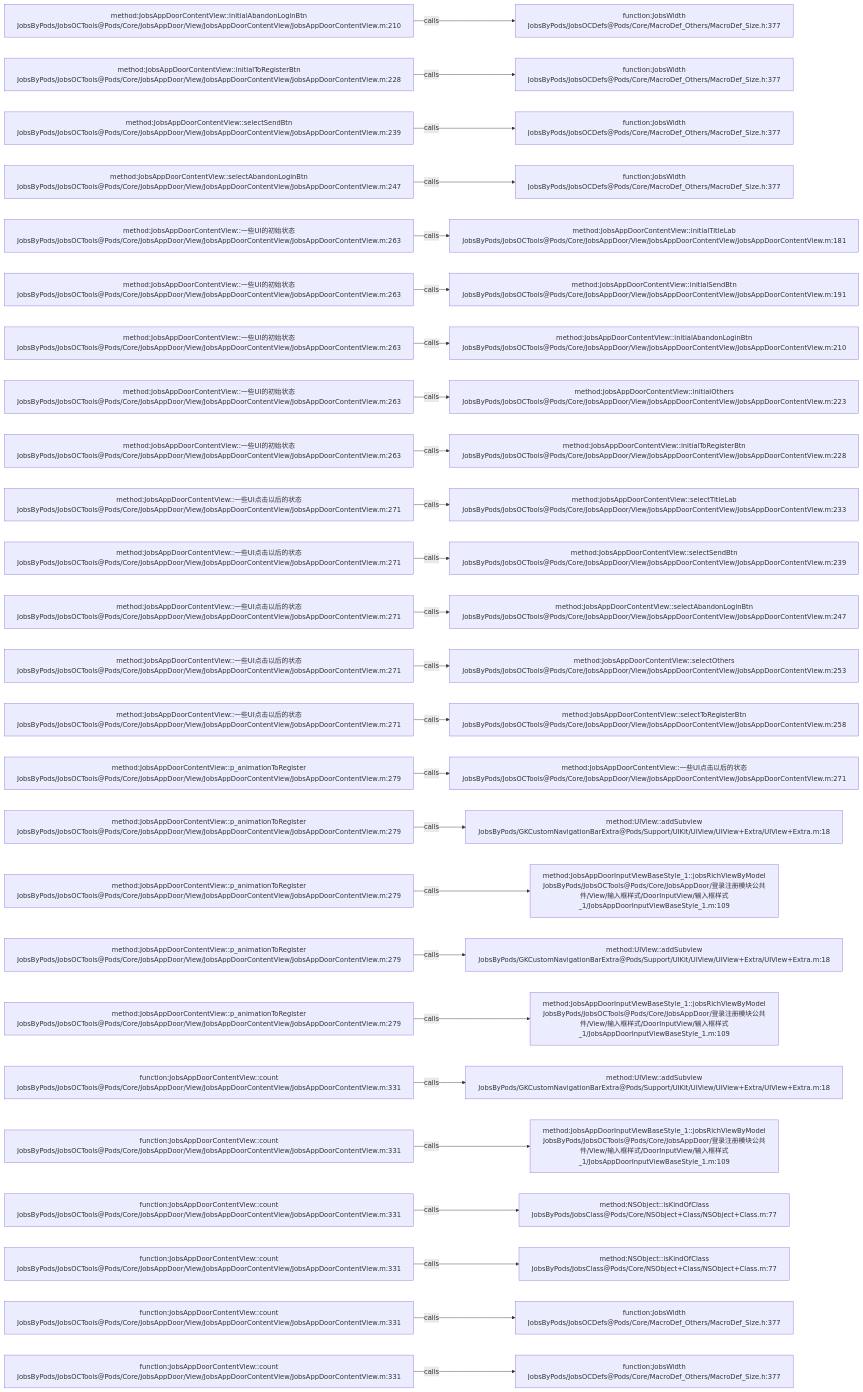
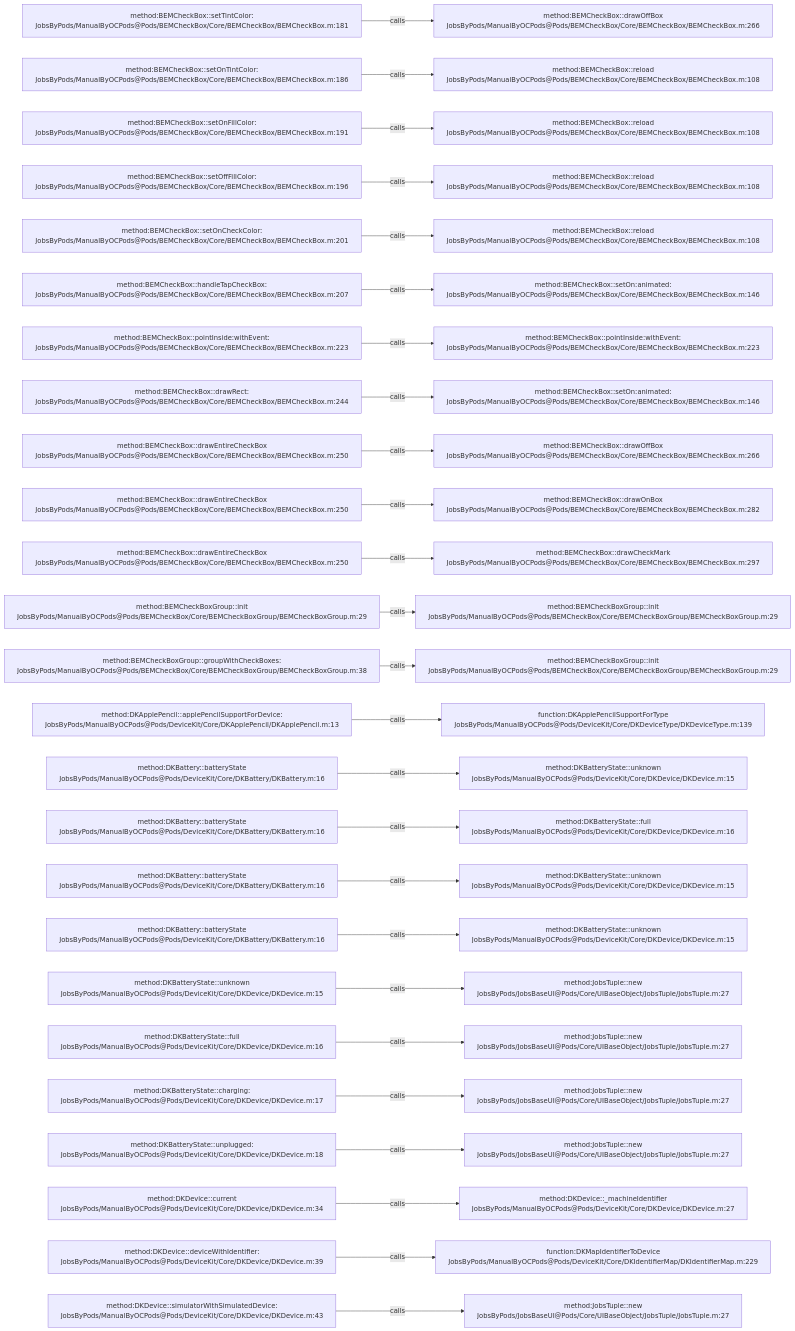
One commit to JobsKits/JobsOCBaseConfigDemo changed the diagram in .codegraph/codegraph.md/graphs/calls-187.md. Above: the diagram before and after it, drawn with Mermaid. The commit also changed 1026 other files, not shown here.

````diff
--- a/.codegraph/codegraph.md/graphs/calls-187.md
+++ b/.codegraph/codegraph.md/graphs/calls-187.md
@@ -13,78 +13,78 @@
 ```mermaid
 flowchart LR
-  S1["method:JobsAppDoorContentView::initialAbandonLoginBtn<br/>JobsByPods/JobsOCTools@Pods/Core/JobsAppDoor/View/JobsAppDoorContentView/JobsAppDoorContentView.m:210"]
-  T1["function:JobsWidth<br/>JobsByPods/JobsOCDefs@Pods/Core/MacroDef_Others/MacroDef_Size.h:377"]
+  S1["method:BEMCheckBox::setTintColor:<br/>JobsByPods/ManualByOCPods@Pods/BEMCheckBox/Core/BEMCheckBox/BEMCheckBox.m:181"]
+  T1["method:BEMCheckBox::drawOffBox<br/>JobsByPods/ManualByOCPods@Pods/BEMCheckBox/Core/BEMCheckBox/BEMCheckBox.m:266"]
   S1 -->|calls| T1
-  S2["method:JobsAppDoorContentView::initialToRegisterBtn<br/>JobsByPods/JobsOCTools@Pods/Core/JobsAppDoor/View/JobsAppDoorContentView/JobsAppDoorContentView.m:228"]
-  T2["function:JobsWidth<br/>JobsByPods/JobsOCDefs@Pods/Core/MacroDef_Others/MacroDef_Size.h:377"]
+  S2["method:BEMCheckBox::setOnTintColor:<br/>JobsByPods/ManualByOCPods@Pods/BEMCheckBox/Core/BEMCheckBox/BEMCheckBox.m:186"]
+  T2["method:BEMCheckBox::reload<br/>JobsByPods/ManualByOCPods@Pods/BEMCheckBox/Core/BEMCheckBox/BEMCheckBox.m:108"]
   S2 -->|calls| T2
-  S3["method:JobsAppDoorContentView::selectSendBtn<br/>JobsByPods/JobsOCTools@Pods/Core/JobsAppDoor/View/JobsAppDoorContentView/JobsAppDoorContentView.m:239"]
-  T3["function:JobsWidth<br/>JobsByPods/JobsOCDefs@Pods/Core/MacroDef_Others/MacroDef_Size.h:377"]
+  S3["method:BEMCheckBox::setOnFillColor:<br/>JobsByPods/ManualByOCPods@Pods/BEMCheckBox/Core/BEMCheckBox/BEMCheckBox.m:191"]
+  T3["method:BEMCheckBox::reload<br/>JobsByPods/ManualByOCPods@Pods/BEMCheckBox/Core/BEMCheckBox/BEMCheckBox.m:108"]
   S3 -->|calls| T3
-  S4["method:JobsAppDoorContentView::selectAbandonLoginBtn<br/>JobsByPods/JobsOCTools@Pods/Core/JobsAppDoor/View/JobsAppDoorContentView/JobsAppDoorContentView.m:247"]
-  T4["function:JobsWidth<br/>JobsByPods/JobsOCDefs@Pods/Core/MacroDef_Others/MacroDef_Size.h:377"]
+  S4["method:BEMCheckBox::setOffFillColor:<br/>JobsByPods/ManualByOCPods@Pods/BEMCheckBox/Core/BEMCheckBox/BEMCheckBox.m:196"]
+  T4["method:BEMCheckBox::reload<br/>JobsByPods/ManualByOCPods@Pods/BEMCheckBox/Core/BEMCheckBox/BEMCheckBox.m:108"]
   S4 -->|calls| T4
-  S5["method:JobsAppDoorContentView::一些UI的初始状态<br/>JobsByPods/JobsOCTools@Pods/Core/JobsAppDoor/View/JobsAppDoorContentView/JobsAppDoorContentView.m:263"]
-  T5["method:JobsAppDoorContentView::initialTitleLab<br/>JobsByPods/JobsOCTools@Pods/Core/JobsAppDoor/View/JobsAppDoorContentView/JobsAppDoorContentView.m:181"]
+  S5["method:BEMCheckBox::setOnCheckColor:<br/>JobsByPods/ManualByOCPods@Pods/BEMCheckBox/Core/BEMCheckBox/BEMCheckBox.m:201"]
+  T5["method:BEMCheckBox::reload<br/>JobsByPods/ManualByOCPods@Pods/BEMCheckBox/Core/BEMCheckBox/BEMCheckBox.m:108"]
   S5 -->|calls| T5
-  S6["method:JobsAppDoorContentView::一些UI的初始状态<br/>JobsByPods/JobsOCTools@Pods/Core/JobsAppDoor/View/JobsAppDoorContentView/JobsAppDoorContentView.m:263"]
-  T6["method:JobsAppDoorContentView::initialSendBtn<br/>JobsByPods/JobsOCTools@Pods/Core/JobsAppDoor/View/JobsAppDoorContentView/JobsAppDoorContentView.m:191"]
+  S6["method:BEMCheckBox::handleTapCheckBox:<br/>JobsByPods/ManualByOCPods@Pods/BEMCheckBox/Core/BEMCheckBox/BEMCheckBox.m:207"]
+  T6["method:BEMCheckBox::setOn:animated:<br/>JobsByPods/ManualByOCPods@Pods/BEMCheckBox/Core/BEMCheckBox/BEMCheckBox.m:146"]
   S6 -->|calls| T6
-  S7["method:JobsAppDoorContentView::一些UI的初始状态<br/>JobsByPods/JobsOCTools@Pods/Core/JobsAppDoor/View/JobsAppDoorContentView/JobsAppDoorContentView.m:263"]
-  T7["method:JobsAppDoorContentView::initialAbandonLoginBtn<br/>JobsByPods/JobsOCTools@Pods/Core/JobsAppDoor/View/JobsAppDoorContentView/JobsAppDoorContentView.m:210"]
+  S7["method:BEMCheckBox::pointInside:withEvent:<br/>JobsByPods/ManualByOCPods@Pods/BEMCheckBox/Core/BEMCheckBox/BEMCheckBox.m:223"]
+  T7["method:BEMCheckBox::pointInside:withEvent:<br/>JobsByPods/ManualByOCPods@Pods/BEMCheckBox/Core/BEMCheckBox/BEMCheckBox.m:223"]
   S7 -->|calls| T7
-  S8["method:JobsAppDoorContentView::一些UI的初始状态<br/>JobsByPods/JobsOCTools@Pods/Core/JobsAppDoor/View/JobsAppDoorContentView/JobsAppDoorContentView.m:263"]
-  T8["method:JobsAppDoorContentView::initialOthers<br/>JobsByPods/JobsOCTools@Pods/Core/JobsAppDoor/View/JobsAppDoorContentView/JobsAppDoorContentView.m:223"]
+  S8["method:BEMCheckBox::drawRect:<br/>JobsByPods/ManualByOCPods@Pods/BEMCheckBox/Core/BEMCheckBox/BEMCheckBox.m:244"]
+  T8["method:BEMCheckBox::setOn:animated:<br/>JobsByPods/ManualByOCPods@Pods/BEMCheckBox/Core/BEMCheckBox/BEMCheckBox.m:146"]
   S8 -->|calls| T8
-  S9["method:JobsAppDoorContentView::一些UI的初始状态<br/>JobsByPods/JobsOCTools@Pods/Core/JobsAppDoor/View/JobsAppDoorContentView/JobsAppDoorContentView.m:263"]
-  T9["method:JobsAppDoorContentView::initialToRegisterBtn<br/>JobsByPods/JobsOCTools@Pods/Core/JobsAppDoor/View/JobsAppDoorContentView/JobsAppDoorContentView.m:228"]
+  S9["method:BEMCheckBox::drawEntireCheckBox<br/>JobsByPods/ManualByOCPods@Pods/BEMCheckBox/Core/BEMCheckBox/BEMCheckBox.m:250"]
+  T9["method:BEMCheckBox::drawOffBox<br/>JobsByPods/ManualByOCPods@Pods/BEMCheckBox/Core/BEMCheckBox/BEMCheckBox.m:266"]
   S9 -->|calls| T9
-  S10["method:JobsAppDoorContentView::一些UI点击以后的状态<br/>JobsByPods/JobsOCTools@Pods/Core/JobsAppDoor/View/JobsAppDoorContentView/JobsAppDoorContentView.m:271"]
-  T10["method:JobsAppDoorContentView::selectTitleLab<br/>JobsByPods/JobsOCTools@Pods/Core/JobsAppDoor/View/JobsAppDoorContentView/JobsAppDoorContentView.m:233"]
+  S10["method:BEMCheckBox::drawEntireCheckBox<br/>JobsByPods/ManualByOCPods@Pods/BEMCheckBox/Core/BEMCheckBox/BEMCheckBox.m:250"]
+  T10["method:BEMCheckBox::drawOnBox<br/>JobsByPods/ManualByOCPods@Pods/BEMCheckBox/Core/BEMCheckBox/BEMCheckBox.m:282"]
   S10 -->|calls| T10
-  S11["method:JobsAppDoorContentView::一些UI点击以后的状态<br/>JobsByPods/JobsOCTools@Pods/Core/JobsAppDoor/View/JobsAppDoorContentView/JobsAppDoorContentView.m:271"]
-  T11["method:JobsAppDoorContentView::selectSendBtn<br/>JobsByPods/JobsOCTools@Pods/Core/JobsAppDoor/View/JobsAppDoorContentView/JobsAppDoorContentView.m:239"]
+  S11["method:BEMCheckBox::drawEntireCheckBox<br/>JobsByPods/ManualByOCPods@Pods/BEMCheckBox/Core/BEMCheckBox/BEMCheckBox.m:250"]
+  T11["method:BEMCheckBox::drawCheckMark<br/>JobsByPods/ManualByOCPods@Pods/BEMCheckBox/Core/BEMCheckBox/BEMCheckBox.m:297"]
   S11 -->|calls| T11
-  S12["method:JobsAppDoorContentView::一些UI点击以后的状态<br/>JobsByPods/JobsOCTools@Pods/Core/JobsAppDoor/View/JobsAppDoorContentView/JobsAppDoorContentView.m:271"]
-  T12["method:JobsAppDoorContentView::selectAbandonLoginBtn<br/>JobsByPods/JobsOCTools@Pods/Core/JobsAppDoor/View/JobsAppDoorContentView/JobsAppDoorContentView.m:247"]
+  S12["method:BEMCheckBoxGroup::init<br/>JobsByPods/ManualByOCPods@Pods/BEMCheckBox/Core/BEMCheckBoxGroup/BEMCheckBoxGroup.m:29"]
+  T12["method:BEMCheckBoxGroup::init<br/>JobsByPods/ManualByOCPods@Pods/BEMCheckBox/Core/BEMCheckBoxGroup/BEMCheckBoxGroup.m:29"]
   S12 -->|calls| T12
-  S13["method:JobsAppDoorContentView::一些UI点击以后的状态<br/>JobsByPods/JobsOCTools@Pods/Core/JobsAppDoor/View/JobsAppDoorContentView/JobsAppDoorContentView.m:271"]
-  T13["method:JobsAppDoorContentView::selectOthers<br/>JobsByPods/JobsOCTools@Pods/Core/JobsAppDoor/View/JobsAppDoorContentView/JobsAppDoorContentView.m:253"]
+  S13["method:BEMCheckBoxGroup::groupWithCheckBoxes:<br/>JobsByPods/ManualByOCPods@Pods/BEMCheckBox/Core/BEMCheckBoxGroup/BEMCheckBoxGroup.m:38"]
+  T13["method:BEMCheckBoxGroup::init<br/>JobsByPods/ManualByOCPods@Pods/BEMCheckBox/Core/BEMCheckBoxGroup/BEMCheckBoxGroup.m:29"]
   S13 -->|calls| T13
-  S14["method:JobsAppDoorContentView::一些UI点击以后的状态<br/>JobsByPods/JobsOCTools@Pods/Core/JobsAppDoor/View/JobsAppDoorContentView/JobsAppDoorContentView.m:271"]
-  T14["method:JobsAppDoorContentView::selectToRegisterBtn<br/>JobsByPods/JobsOCTools@Pods/Core/JobsAppDoor/View/JobsAppDoorContentView/JobsAppDoorContentView.m:258"]
+  S14["method:DKApplePencil::applePencilSupportForDevice:<br/>JobsByPods/ManualByOCPods@Pods/DeviceKit/Core/DKApplePencil/DKApplePencil.m:13"]
+  T14["function:DKApplePencilSupportForType<br/>JobsByPods/ManualByOCPods@Pods/DeviceKit/Core/DKDeviceType/DKDeviceType.m:139"]
   S14 -->|calls| T14
-  S15["method:JobsAppDoorContentView::p_animationToRegister<br/>JobsByPods/JobsOCTools@Pods/Core/JobsAppDoor/View/JobsAppDoorContentView/JobsAppDoorContentView.m:279"]
-  T15["method:JobsAppDoorContentView::一些UI点击以后的状态<br/>JobsByPods/JobsOCTools@Pods/Core/JobsAppDoor/View/JobsAppDoorContentView/JobsAppDoorContentView.m:271"]
+  S15["method:DKBattery::batteryState<br/>JobsByPods/ManualByOCPods@Pods/DeviceKit/Core/DKBattery/DKBattery.m:16"]
+  T15["method:DKBatteryState::unknown<br/>JobsByPods/ManualByOCPods@Pods/DeviceKit/Core/DKDevice/DKDevice.m:15"]
   S15 -->|calls| T15
-  S16["method:JobsAppDoorContentView::p_animationToRegister<br/>JobsByPods/JobsOCTools@Pods/Core/JobsAppDoor/View/JobsAppDoorContentView/JobsAppDoorContentView.m:279"]
-  T16["method:UIView::addSubview<br/>JobsByPods/GKCustomNavigationBarExtra@Pods/Support/UIKit/UIView/UIView+Extra/UIView+Extra.m:18"]
+  S16["method:DKBattery::batteryState<br/>JobsByPods/ManualByOCPods@Pods/DeviceKit/Core/DKBattery/DKBattery.m:16"]
+  T16["method:DKBatteryState::full<br/>JobsByPods/ManualByOCPods@Pods/DeviceKit/Core/DKDevice/DKDevice.m:16"]
   S16 -->|calls| T16
-  S17["method:JobsAppDoorContentView::p_animationToRegister<br/>JobsByPods/JobsOCTools@Pods/Core/JobsAppDoor/View/JobsAppDoorContentView/JobsAppDoorContentView.m:279"]
-  T17["method:JobsAppDoorInputViewBaseStyle_1::jobsRichViewByModel<br/>JobsByPods/JobsOCTools@Pods/Core/JobsAppDoor/登录注册模块公共件/View/输入框样式/DoorInputView/输入框样式_1/JobsAppDoorInputViewBaseStyle_1.m:109"]
+  S17["method:DKBattery::batteryState<br/>JobsByPods/ManualByOCPods@Pods/DeviceKit/Core/DKBattery/DKBattery.m:16"]
+  T17["method:DKBatteryState::unknown<br/>JobsByPods/ManualByOCPods@Pods/DeviceKit/Core/DKDevice/DKDevice.m:15"]
   S17 -->|calls| T17
-  S18["method:JobsAppDoorContentView::p_animationToRegister<br/>JobsByPods/JobsOCTools@Pods/Core/JobsAppDoor/View/JobsAppDoorContentView/JobsAppDoorContentView.m:279"]
-  T18["method:UIView::addSubview<br/>JobsByPods/GKCustomNavigationBarExtra@Pods/Support/UIKit/UIView/UIView+Extra/UIView+Extra.m:18"]
+  S18["method:DKBattery::batteryState<br/>JobsByPods/ManualByOCPods@Pods/DeviceKit/Core/DKBattery/DKBattery.m:16"]
+  T18["method:DKBatteryState::unknown<br/>JobsByPods/ManualByOCPods@Pods/DeviceKit/Core/DKDevice/DKDevice.m:15"]
   S18 -->|calls| T18
-  S19["method:JobsAppDoorContentView::p_animationToRegister<br/>JobsByPods/JobsOCTools@Pods/Core/JobsAppDoor/View/JobsAppDoorContentView/JobsAppDoorContentView.m:279"]
-  T19["method:JobsAppDoorInputViewBaseStyle_1::jobsRichViewByModel<br/>JobsByPods/JobsOCTools@Pods/Core/JobsAppDoor/登录注册模块公共件/View/输入框样式/DoorInputView/输入框样式_1/JobsAppDoorInputViewBaseStyle_1.m:109"]
+  S19["method:DKBatteryState::unknown<br/>JobsByPods/ManualByOCPods@Pods/DeviceKit/Core/DKDevice/DKDevice.m:15"]
+  T19["method:JobsTuple::new<br/>JobsByPods/JobsBaseUI@Pods/Core/UIBaseObject/JobsTuple/JobsTuple.m:27"]
   S19 -->|calls| T19
-  S20["function:JobsAppDoorContentView::count<br/>JobsByPods/JobsOCTools@Pods/Core/JobsAppDoor/View/JobsAppDoorContentView/JobsAppDoorContentView.m:331"]
-  T20["method:UIView::addSubview<br/>JobsByPods/GKCustomNavigationBarExtra@Pods/Support/UIKit/UIView/UIView+Extra/UIView+Extra.m:18"]
+  S20["method:DKBatteryState::full<br/>JobsByPods/ManualByOCPods@Pods/DeviceKit/Core/DKDevice/DKDevice.m:16"]
+  T20["method:JobsTuple::new<br/>JobsByPods/JobsBaseUI@Pods/Core/UIBaseObject/JobsTuple/JobsTuple.m:27"]
   S20 -->|calls| T20
-  S21["function:JobsAppDoorContentView::count<br/>JobsByPods/JobsOCTools@Pods/Core/JobsAppDoor/View/JobsAppDoorContentView/JobsAppDoorContentView.m:331"]
-  T21["method:JobsAppDoorInputViewBaseStyle_1::jobsRichViewByModel<br/>JobsByPods/JobsOCTools@Pods/Core/JobsAppDoor/登录注册模块公共件/View/输入框样式/DoorInputView/输入框样式_1/JobsAppDoorInputViewBaseStyle_1.m:109"]
+  S21["method:DKBatteryState::charging:<br/>JobsByPods/ManualByOCPods@Pods/DeviceKit/Core/DKDevice/DKDevice.m:17"]
+  T21["method:JobsTuple::new<br/>JobsByPods/JobsBaseUI@Pods/Core/UIBaseObject/JobsTuple/JobsTuple.m:27"]
   S21 -->|calls| T21
-  S22["function:JobsAppDoorContentView::count<br/>JobsByPods/JobsOCTools@Pods/Core/JobsAppDoor/View/JobsAppDoorContentView/JobsAppDoorContentView.m:331"]
-  T22["method:NSObject::isKindOfClass<br/>JobsByPods/JobsClass@Pods/Core/NSObject+Class/NSObject+Class.m:77"]
+  S22["method:DKBatteryState::unplugged:<br/>JobsByPods/ManualByOCPods@Pods/DeviceKit/Core/DKDevice/DKDevice.m:18"]
+  T22["method:JobsTuple::new<br/>JobsByPods/JobsBaseUI@Pods/Core/UIBaseObject/JobsTuple/JobsTuple.m:27"]
   S22 -->|calls| T22
-  S23["function:JobsAppDoorContentView::count<br/>JobsByPods/JobsOCTools@Pods/Core/JobsAppDoor/View/JobsAppDoorContentView/JobsAppDoorContentView.m:331"]
-  T23["method:NSObject::isKindOfClass<br/>JobsByPods/JobsClass@Pods/Core/NSObject+Class/NSObject+Class.m:77"]
+  S23["method:DKDevice::current<br/>JobsByPods/ManualByOCPods@Pods/DeviceKit/Core/DKDevice/DKDevice.m:34"]
+  T23["method:DKDevice::_machineIdentifier<br/>JobsByPods/ManualByOCPods@Pods/DeviceKit/Core/DKDevice/DKDevice.m:27"]
   S23 -->|calls| T23
-  S24["function:JobsAppDoorContentView::count<br/>JobsByPods/JobsOCTools@Pods/Core/JobsAppDoor/View/JobsAppDoorContentView/JobsAppDoorContentView.m:331"]
-  T24["function:JobsWidth<br/>JobsByPods/JobsOCDefs@Pods/Core/MacroDef_Others/MacroDef_Size.h:377"]
+  S24["method:DKDevice::deviceWithIdentifier:<br/>JobsByPods/ManualByOCPods@Pods/DeviceKit/Core/DKDevice/DKDevice.m:39"]
+  T24["function:DKMapIdentifierToDevice<br/>JobsByPods/ManualByOCPods@Pods/DeviceKit/Core/DKIdentifierMap/DKIdentifierMap.m:229"]
   S24 -->|calls| T24
-  S25["function:JobsAppDoorContentView::count<br/>JobsByPods/JobsOCTools@Pods/Core/JobsAppDoor/View/JobsAppDoorContentView/JobsAppDoorContentView.m:331"]
-  T25["function:JobsWidth<br/>JobsByPods/JobsOCDefs@Pods/Core/MacroDef_Others/MacroDef_Size.h:377"]
+  S25["method:DKDevice::simulatorWithSimulatedDevice:<br/>JobsByPods/ManualByOCPods@Pods/DeviceKit/Core/DKDevice/DKDevice.m:43"]
+  T25["method:JobsTuple::new<br/>JobsByPods/JobsBaseUI@Pods/Core/UIBaseObject/JobsTuple/JobsTuple.m:27"]
   S25 -->|calls| T25
 ```
````
